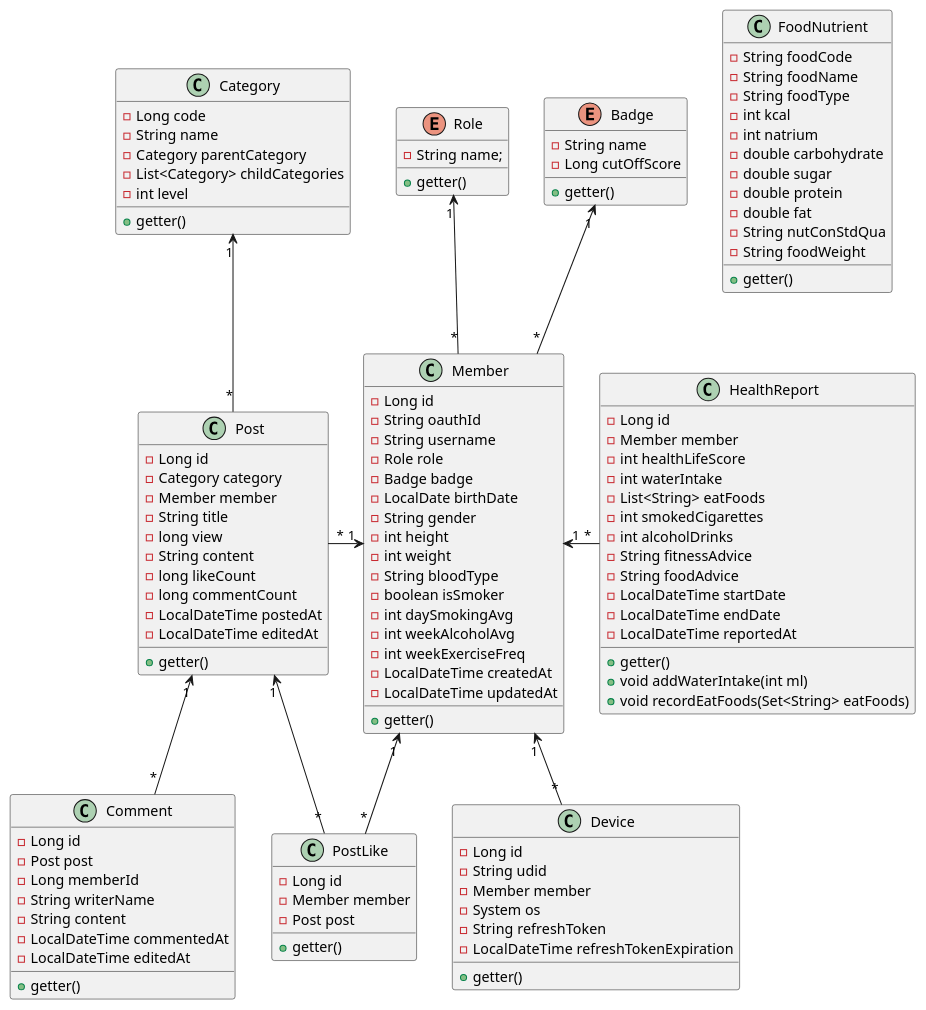
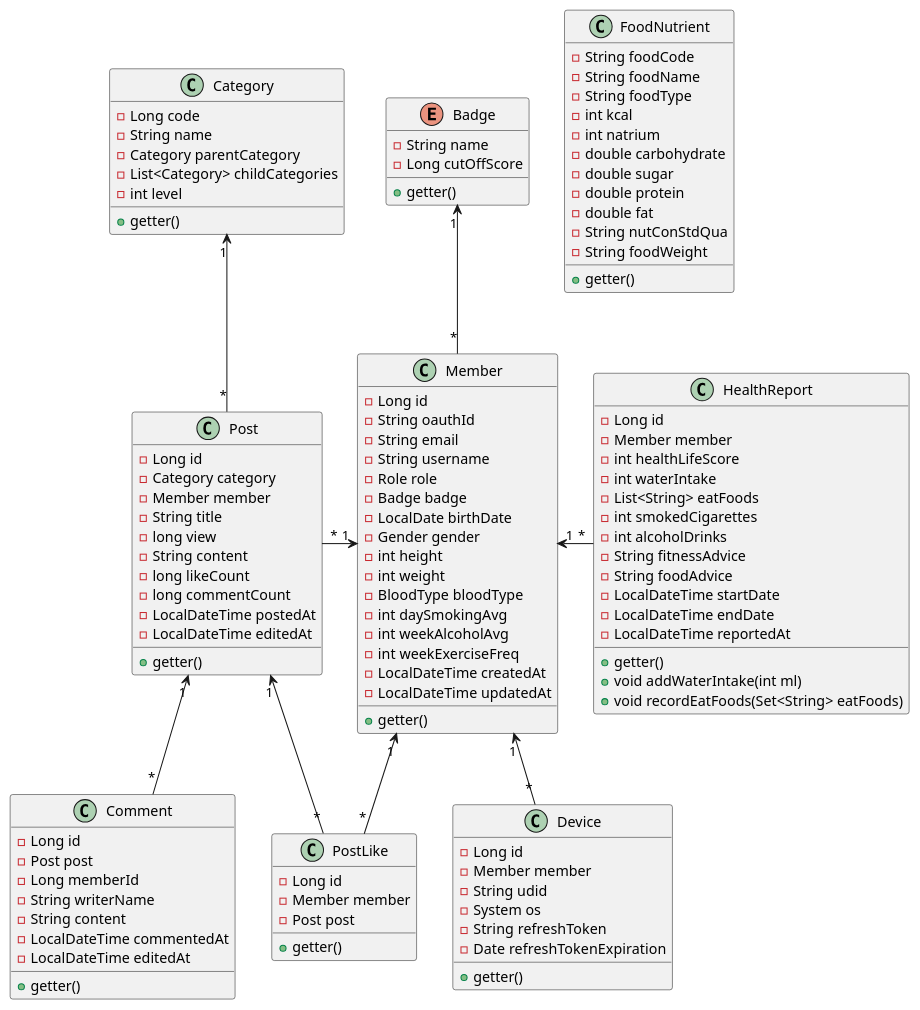
Before and after one commit to ckstjr123/f5-health: the diagram in src/main/java/f5/health/app/uml/classdiagram.puml, drawn with PlantUML. The commit also changed 35 other files, not shown here.

```diff
--- a/src/main/java/f5/health/app/uml/classdiagram.puml
+++ b/src/main/java/f5/health/app/uml/classdiagram.puml
@@ -1,128 +1,122 @@
 @startuml
 
 class Member {
     - Long id
     - String oauthId
+    - String email
     - String username
     - Role role
     - Badge badge
     - LocalDate birthDate
-    - String gender
+    - Gender gender
     - int height
     - int weight
-    - String bloodType
-    - boolean isSmoker
+    - BloodType bloodType
     - int daySmokingAvg
     - int weekAlcoholAvg
     - int weekExerciseFreq
     - LocalDateTime createdAt
     - LocalDateTime updatedAt
-    +getter()
-}
-
-enum Role {
-    - String name;
     +getter()
 }
 
 enum Badge {
     - String name
     - Long cutOffScore
     +getter()
 }
 
 class Device {
     - Long id
+    - Member member
     - String udid
-    - Member member
     - System os
     - String refreshToken
-    - LocalDateTime refreshTokenExpiration
+    - Date refreshTokenExpiration
     +getter()
 }
 
 class HealthReport {
     - Long id
     - Member member
     - int healthLifeScore
     - int waterIntake
     - List<String> eatFoods
     - int smokedCigarettes
     - int alcoholDrinks
     - String fitnessAdvice
     - String foodAdvice
     - LocalDateTime startDate
     - LocalDateTime endDate
     - LocalDateTime reportedAt
     +getter()
     + void addWaterIntake(int ml)
     + void recordEatFoods(Set<String> eatFoods)
 }
 
 class FoodNutrient {
     - String foodCode
     - String foodName
     - String foodType
     - int kcal
     - int natrium
     - double carbohydrate
     - double sugar
     - double protein
     - double fat
     - String nutConStdQua
     - String foodWeight
     +getter()
 }
 
 class Post {
     - Long id
     - Category category
     - Member member
     - String title
     - long view
     - String content
     - long likeCount
     - long commentCount
     - LocalDateTime postedAt
     - LocalDateTime editedAt
     +getter()
 }
 
 class Category {
     - Long code
     - String name
     - Category parentCategory
     - List<Category> childCategories
     - int level
     +getter()
 }
 
 class PostLike {
     - Long id
     - Member member
     - Post post
     +getter()
 }
 
 class Comment {
     - Long id
     - Post post
     - Long memberId
     - String writerName
     - String content
     - LocalDateTime commentedAt
     - LocalDateTime editedAt
     +getter()
 }
 
 Member "*" -up-> "1" Badge
-Member "*" -up-> "1" Role
 Device "*" -up-> "1" Member
 HealthReport "*" -left-> "1" Member
 Post "*" -up-> "1" Category
 Post "*" -right-> "1" Member
 PostLike "*" -up-> "1" Post
 PostLike "*" -up-> "1" Member
 Comment "*" -up-> "1" Post
 
 @enduml
```
